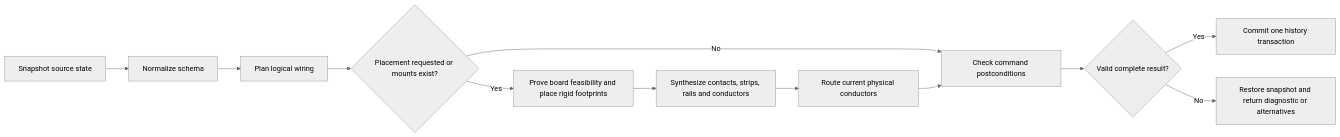
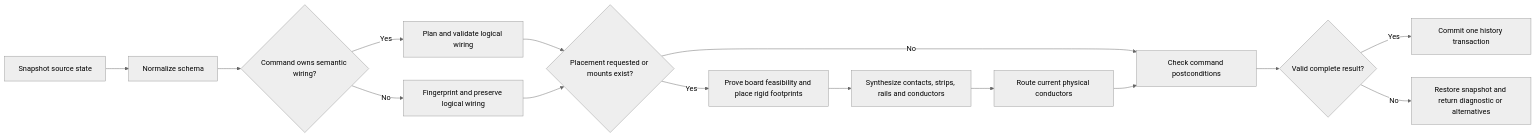
One commit to Ainmimdal/circuitsense changed the first of 9 diagrams in docs/SELF_HEALING_ENGINE.md. Above: the diagram before and after it, drawn with Mermaid (neutral theme). The commit also changed other lines of this file and 41 other files, not shown here.

````diff
--- a/docs/SELF_HEALING_ENGINE.md
+++ b/docs/SELF_HEALING_ENGINE.md
@@ -17,14 +17,17 @@
 ```mermaid
 flowchart LR
     A["Snapshot source state"] --> B["Normalize schema"]
-    B --> C["Plan logical wiring"]
-    C --> D{"Placement requested or mounts exist?"}
+    B --> C{"Command owns semantic wiring?"}
+    C -- Yes --> C1["Plan and validate logical wiring"]
+    C -- No --> C2["Fingerprint and preserve logical wiring"]
+    C1 --> D{"Placement requested or mounts exist?"}
+    C2 --> D
     D -- No --> H["Check command postconditions"]
     D -- Yes --> E["Prove board feasibility and place rigid footprints"]
     E --> F["Synthesize contacts, strips, rails and conductors"]
     F --> G["Route current physical conductors"]
     G --> H
     H --> I{"Valid complete result?"}
     I -- Yes --> J["Commit one history transaction"]
     I -- No --> K["Restore snapshot and return diagnostic or alternatives"]
 ```
````
